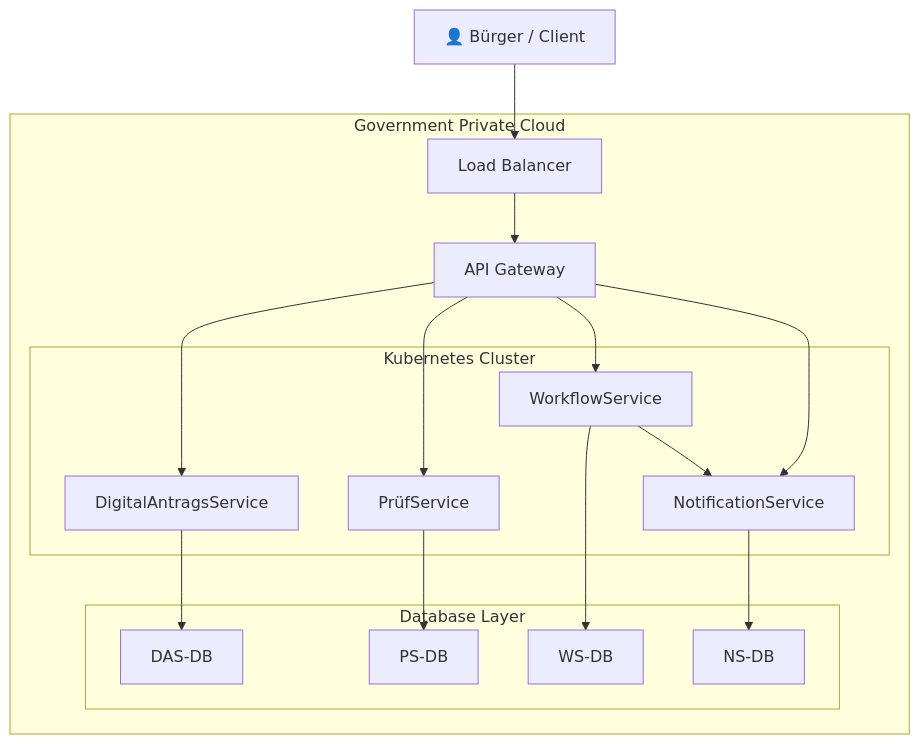
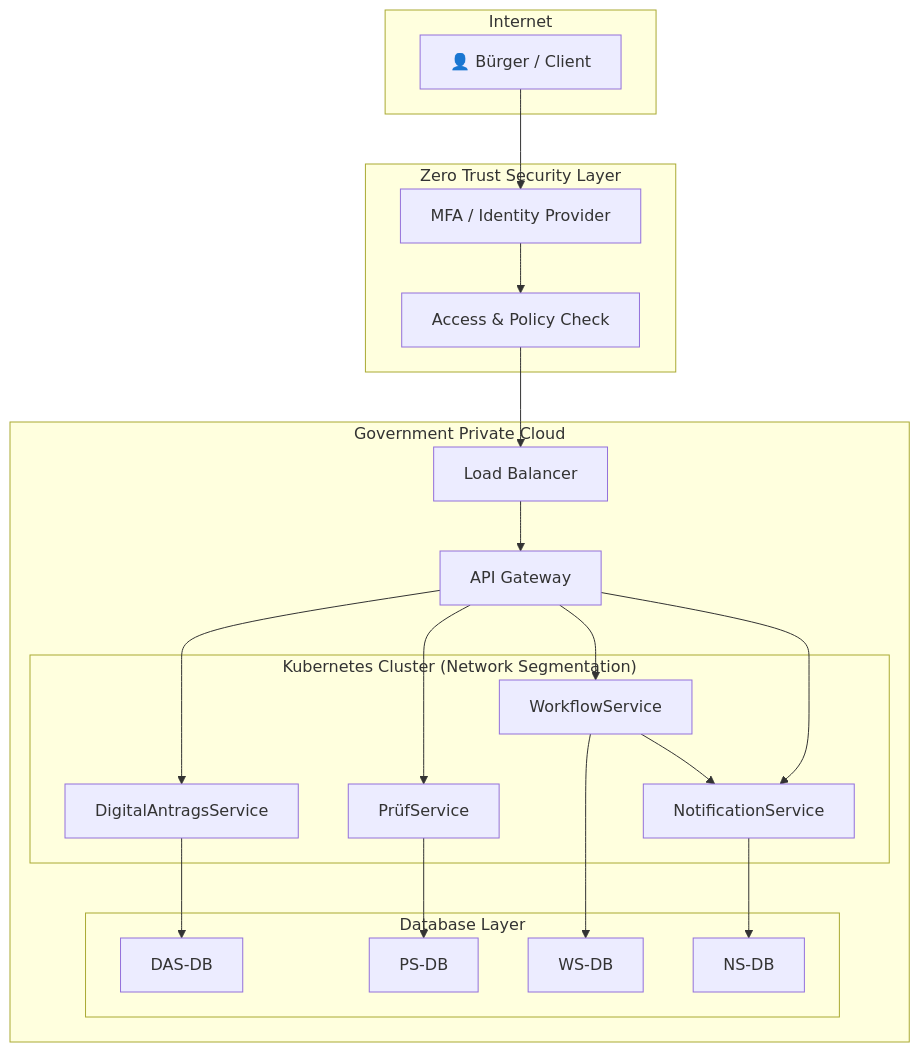
The diagram in architecture/deployment-architecture.md (ipeky-portfolio/it-bebauungsplan-landesbehoerde), drawn with Mermaid before and after one commit. The commit also changed other lines of this file, not shown here.

````diff
--- a/architecture/deployment-architecture.md
+++ b/architecture/deployment-architecture.md
@@ -83,47 +86,57 @@
 ```mermaid
 flowchart TB
 
     User["👤 Bürger / Client"]
+
+    subgraph Internet["Internet"]
+        User
+    end
+
+    subgraph Security["Zero Trust Security Layer"]
+        MFA["MFA / Identity Provider"]
+        Auth["Access & Policy Check"]
+    end
 
     subgraph GPC["Government Private Cloud"]
 
         LB["Load Balancer"]
         APIGW["API Gateway"]
 
-        subgraph K8S["Kubernetes Cluster"]
+        subgraph K8S["Kubernetes Cluster (Network Segmentation)"]
             DAS["DigitalAntragsService"]
             PS["PrüfService"]
             WS["WorkflowService"]
             NS["NotificationService"]
         end
 
         subgraph DBLayer["Database Layer"]
             DAS_DB["DAS-DB"]
             PS_DB["PS-DB"]
             WS_DB["WS-DB"]
             NS_DB["NS-DB"]
         end
 
         %% Traffic Flow
         LB --> APIGW
 
         %% API Routing
         APIGW --> DAS
         APIGW --> PS
         APIGW --> WS
         APIGW --> NS
 
         %% Service → Database
         DAS --> DAS_DB
         PS --> PS_DB
         WS --> WS_DB
         NS --> NS_DB
 
-        %% Internal Service Communication
+        %% Service Communication
         WS --> NS
-
     end
 
-    %% User Access
-    User --> LB
+    %% User Authentication (Zero Trust)
+    User --> MFA
+    MFA --> Auth
+    Auth --> LB
 ```
````
